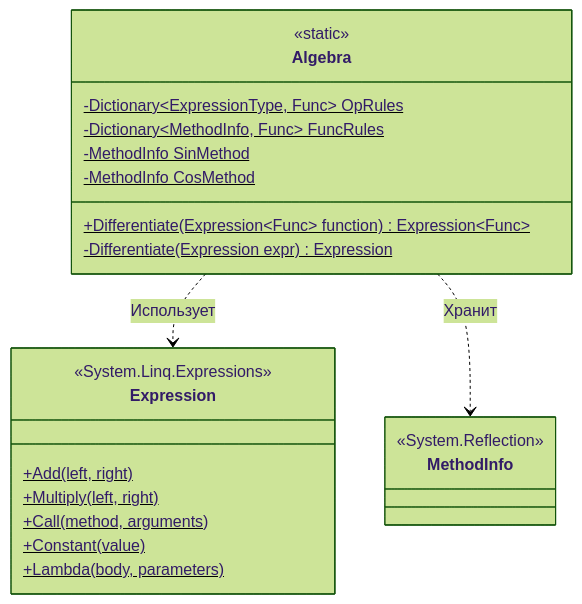
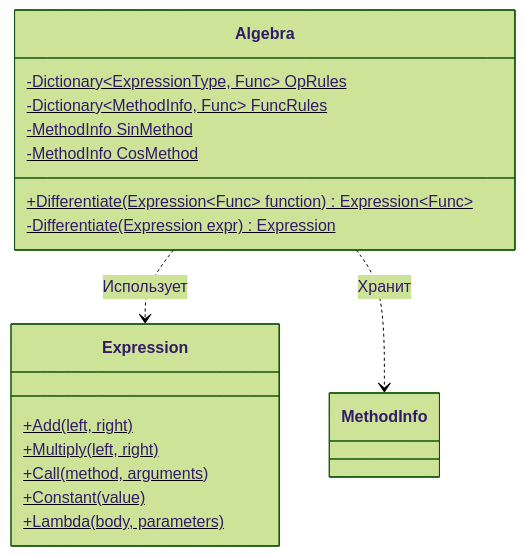
One commit to Du2Vi-lab/Ulearn-Tasks changed the diagram in diff.md. Above: the diagram before and after it, drawn with Mermaid (forest theme).

````diff
--- a/diff.md
+++ b/diff.md
@@ -9,30 +9,27 @@
 ```mermaid
 
 classDiagram
     class Algebra {
-        <<static>>
         -Dictionary~ExpressionType, Func~ OpRules$
         -Dictionary~MethodInfo, Func~ FuncRules$
         -MethodInfo SinMethod$
         -MethodInfo CosMethod$
         +Differentiate(Expression~Func~ function)$ Expression~Func~
         -Differentiate(Expression expr)$ Expression
     }
 
     class Expression {
-        <<System.Linq.Expressions>>
         +Add(left, right)$
         +Multiply(left, right)$
         +Call(method, arguments)$
         +Constant(value)$
         +Lambda(body, parameters)$
     }
 
     class MethodInfo {
-        <<System.Reflection>>
     }
 
     Algebra ..> Expression : Использует
     Algebra ..> MethodInfo : Хранит
     
 ```
````
